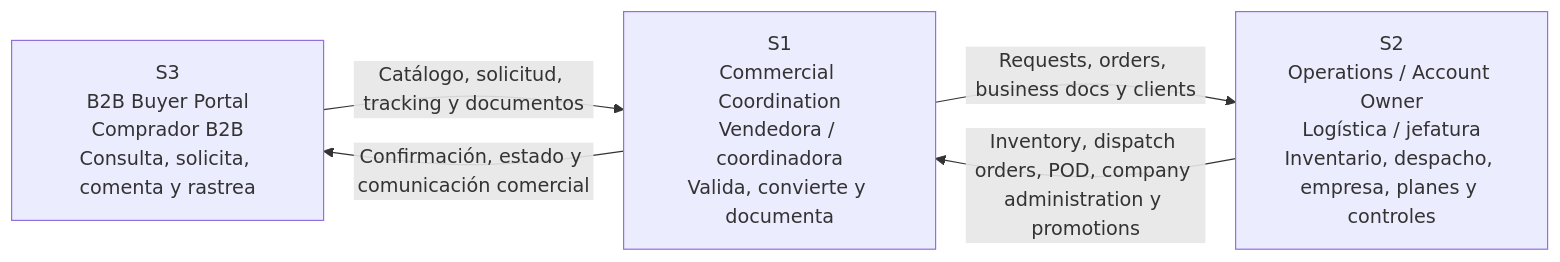
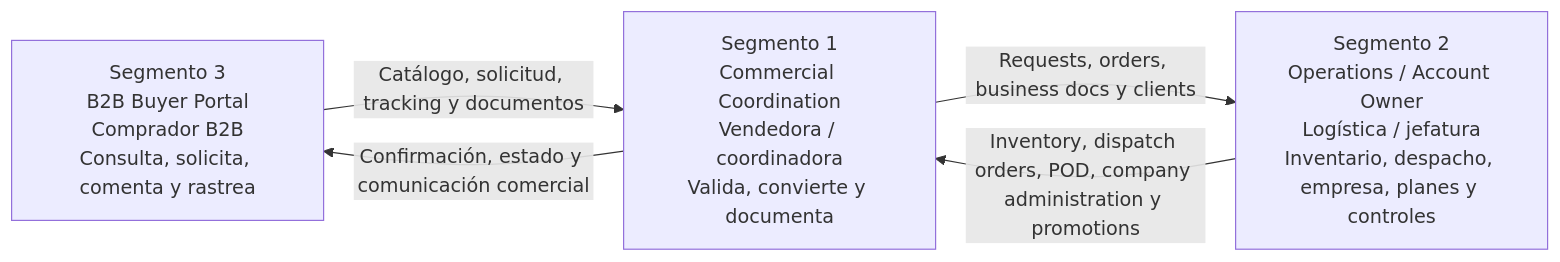
Before and after one commit to R0obxdnt-bit/nexa-ecosystem-report-v2: the first of 4 diagrams in report/10-chapter-1-introduction/1-3-target-segments.md, drawn with Mermaid. The commit also changed other lines of this file, not shown here.

````diff
--- a/report/10-chapter-1-introduction/1-3-target-segments.md
+++ b/report/10-chapter-1-introduction/1-3-target-segments.md
@@ -38,11 +38,11 @@
 ```mermaid
 flowchart LR
-    SEG3["S3\nB2B Buyer Portal\nComprador B2B\nConsulta, solicita, comenta y rastrea"]
-    SEG1["S1\nCommercial Coordination\nVendedora / coordinadora\nValida, convierte y documenta"]
-    SEG2["S2\nOperations / Account Owner\nLogística / jefatura\nInventario, despacho, empresa, planes y controles"]
+    SEG3["Segmento 3\nB2B Buyer Portal\nComprador B2B\nConsulta, solicita, comenta y rastrea"]
+    SEG1["Segmento 1\nCommercial Coordination\nVendedora / coordinadora\nValida, convierte y documenta"]
+    SEG2["Segmento 2\nOperations / Account Owner\nLogística / jefatura\nInventario, despacho, empresa, planes y controles"]
 
     SEG3 -->|Catálogo, solicitud, tracking y documentos| SEG1
     SEG1 -->|Requests, orders, business docs y clients| SEG2
     SEG2 -->|Inventory, dispatch orders, POD, company administration y promotions| SEG1
     SEG1 -->|Confirmación, estado y comunicación comercial| SEG3
 ```
````
